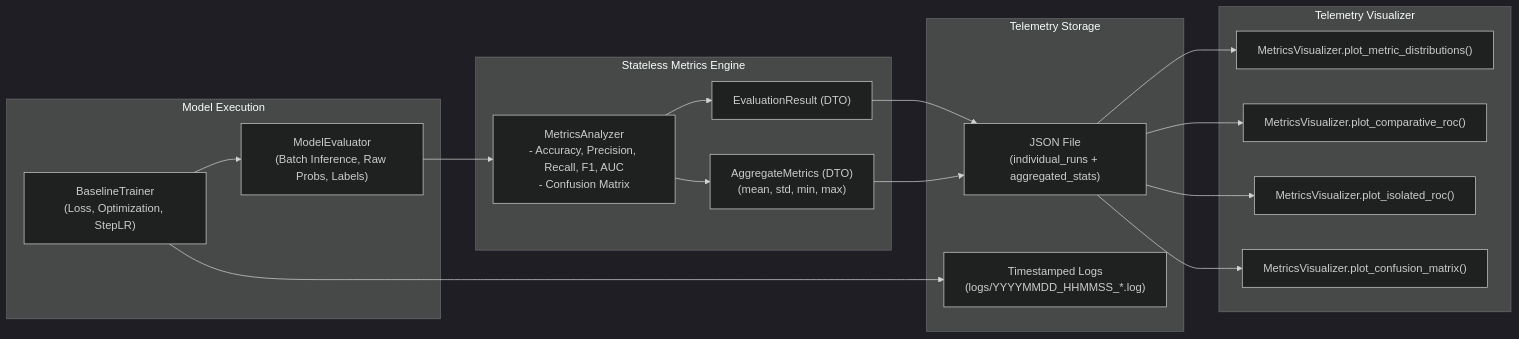
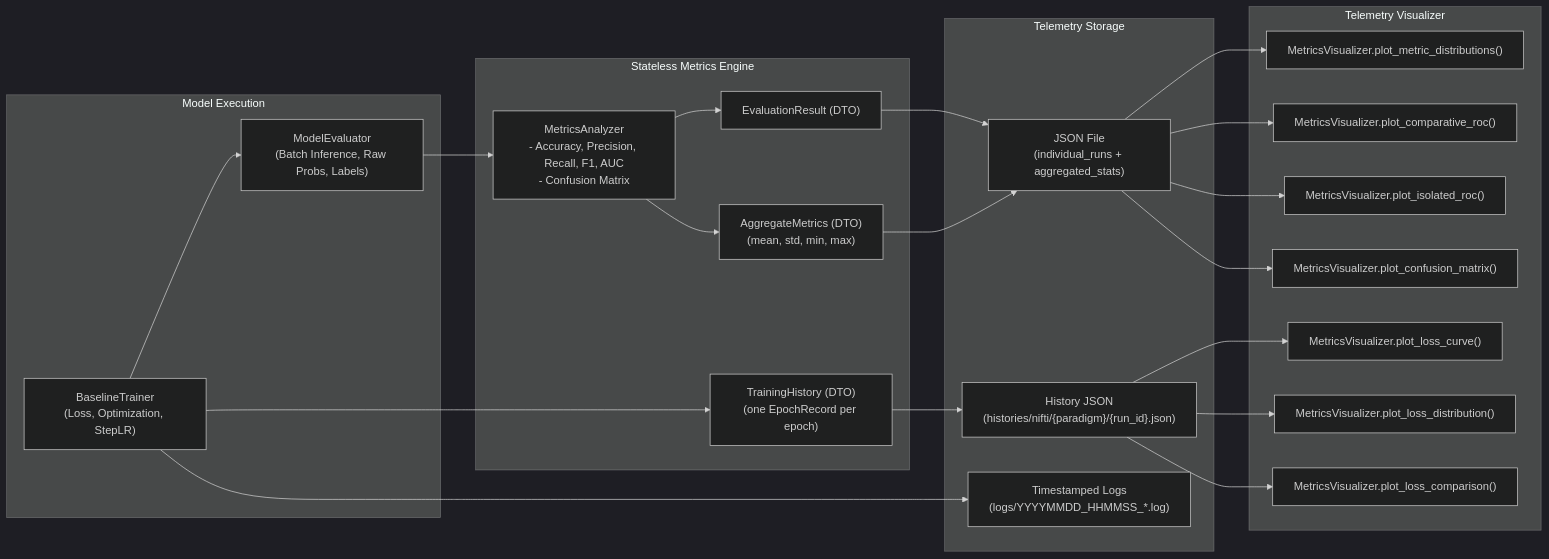
The fifth of 5 diagrams in docs/architecture.md (IC-QML-QTL-Dementia-Detection/dementia-boost), drawn with Mermaid (dark theme) before and after one commit. The commit also changed other lines of this file and 1 other file, not shown here.

Commit message:
docs: document training history flow and loss visualization

````diff
--- a/docs/architecture.md
+++ b/docs/architecture.md
@@ -233,35 +233,44 @@
 ```mermaid
 flowchart LR
     subgraph Execution ["Model Execution"]
         TRAINER["BaselineTrainer<br/>(Loss, Optimization, StepLR)"]
         EVAL["ModelEvaluator<br/>(Batch Inference, Raw Probs, Labels)"]
     end
 
     subgraph MetricsDTO ["Stateless Metrics Engine"]
         ANALYZER["MetricsAnalyzer<br/>- Accuracy, Precision, Recall, F1, AUC<br/>- Confusion Matrix"]
         DTO_INDIV["EvaluationResult (DTO)"]
         DTO_AGGR["AggregateMetrics (DTO)<br/>(mean, std, min, max)"]
+        DTO_HIST["TrainingHistory (DTO)<br/>(one EpochRecord per epoch)"]
     end
 
     subgraph Storage ["Telemetry Storage"]
         JSON_STORE["JSON File<br/>(individual_runs + aggregated_stats)"]
+        JSON_HIST["History JSON<br/>(histories/nifti/{paradigm}/{run_id}.json)"]
         LOGS["Timestamped Logs<br/>(logs/YYYYMMDD_HHMMSS_*.log)"]
     end
 
     subgraph Visualization ["Telemetry Visualizer"]
         BOXPLOT["MetricsVisualizer.plot_metric_distributions()"]
         ROC_AGG["MetricsVisualizer.plot_comparative_roc()"]
         ROC_ISO["MetricsVisualizer.plot_isolated_roc()"]
         CONF_MAT["MetricsVisualizer.plot_confusion_matrix()"]
+        LOSS_CURVE["MetricsVisualizer.plot_loss_curve()"]
+        LOSS_DIST["MetricsVisualizer.plot_loss_distribution()"]
+        LOSS_CMP["MetricsVisualizer.plot_loss_comparison()"]
     end
 
     TRAINER --> EVAL
     EVAL --> ANALYZER
     ANALYZER --> DTO_INDIV --> JSON_STORE
     ANALYZER --> DTO_AGGR --> JSON_STORE
     TRAINER --> LOGS
     JSON_STORE --> BOXPLOT
     JSON_STORE --> ROC_AGG
     JSON_STORE --> ROC_ISO
     JSON_STORE --> CONF_MAT
+    TRAINER --> DTO_HIST --> JSON_HIST
+    JSON_HIST --> LOSS_CURVE
+    JSON_HIST --> LOSS_DIST
+    JSON_HIST --> LOSS_CMP
 ```
````
